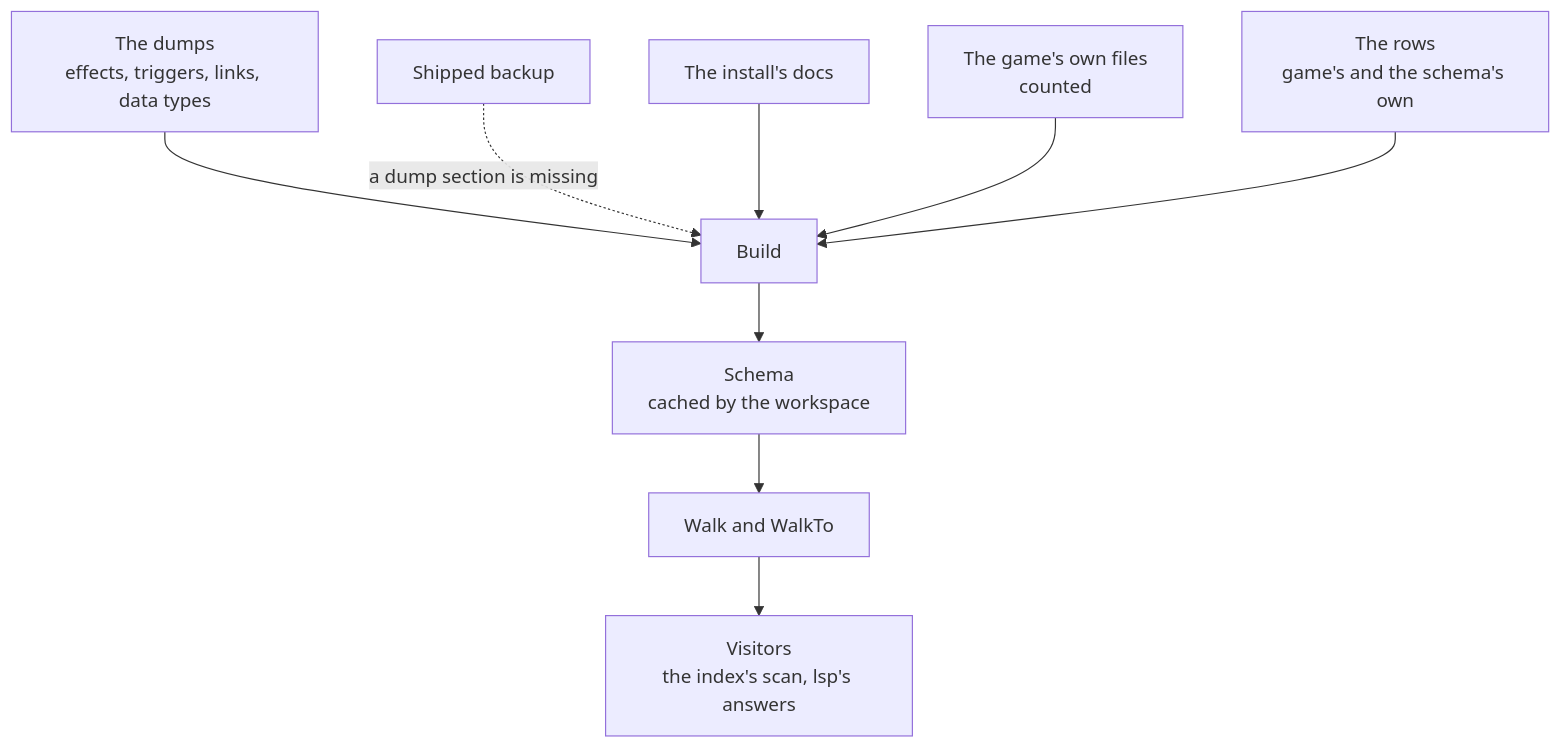
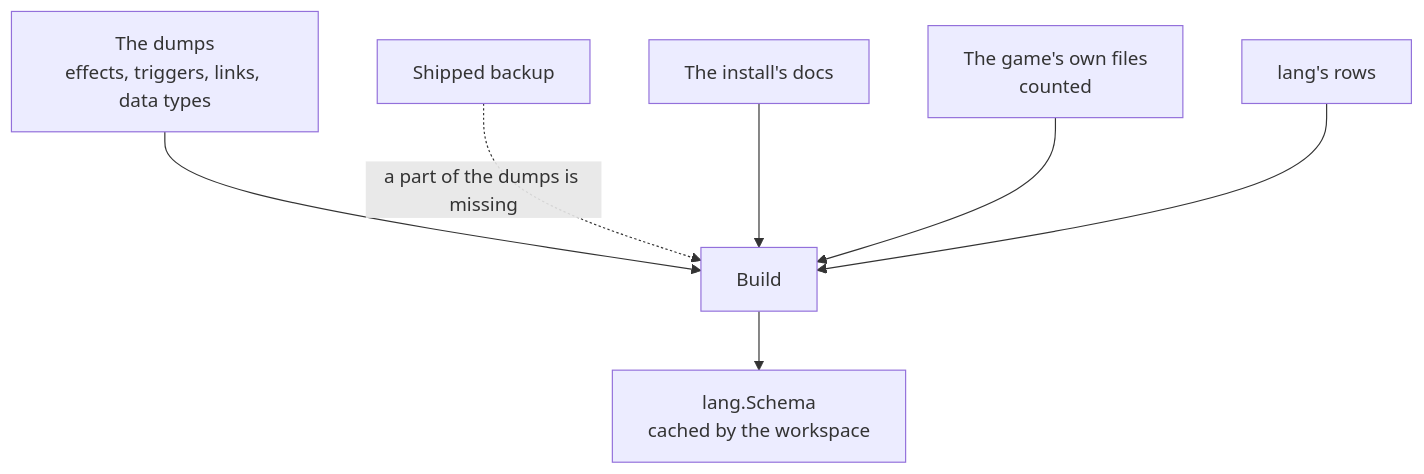
One commit to idodavis/paradox-modding-tools changed the diagram in internal/schema/README.md. Above: the diagram before and after it, drawn with Mermaid. The commit also changed other lines of this file and 126 other files, not shown here.

Commit message:
Main portion of refactor done. Split schema into two packages to support more sensible and logical design. More to come

````diff
--- a/internal/schema/README.md
+++ b/internal/schema/README.md
@@ -24,11 +20,9 @@
 ```mermaid
 flowchart TD
   dumps["The dumps<br/>effects, triggers, links, data types"] --> build
-  shipped["Shipped backup"] -.->|a dump section is missing| build
+  shipped["Shipped backup"] -.->|a part of the dumps is missing| build
   docs["The install's docs"] --> build
   own["The game's own files<br/>counted"] --> build
-  rows["The rows<br/>game's and the schema's own"] --> build
-  build["Build"] --> schema["Schema<br/>cached by the workspace"]
-  schema --> walk["Walk and WalkTo"]
-  walk --> visitors["Visitors<br/>the index's scan, lsp's answers"]
+  rows["lang's rows"] --> build
+  build["Build"] --> schema["lang.Schema<br/>cached by the workspace"]
 ```
````
